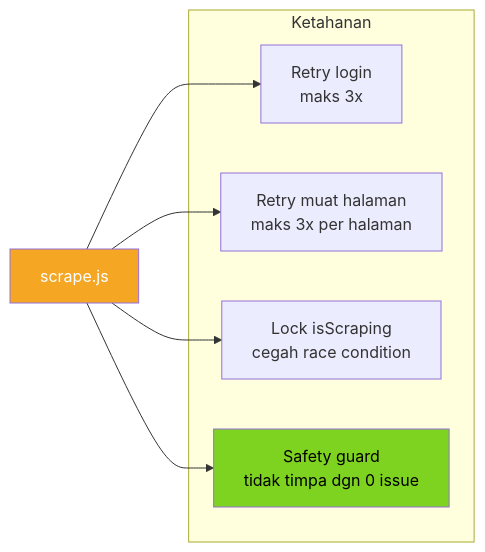
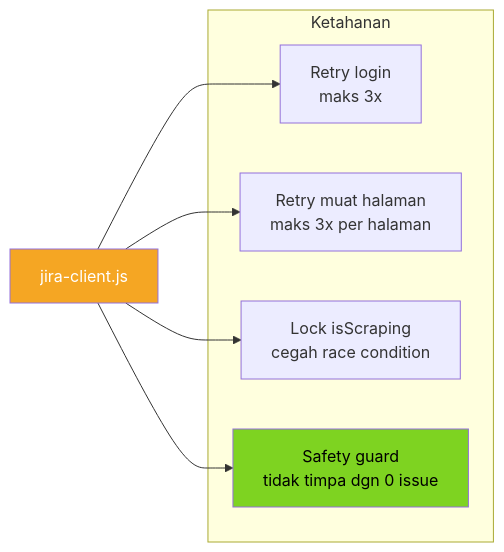
The third of 5 diagrams in jira-ticket-v2/ALUR_DATA_JIRA_MONITORING.md (dikkyzzz/rwc-v2), drawn with Mermaid before and after one commit. The commit also changed other lines of this file and 30 other files, not shown here.

````diff
--- a/jira-ticket-v2/ALUR_DATA_JIRA_MONITORING.md
+++ b/jira-ticket-v2/ALUR_DATA_JIRA_MONITORING.md
@@ -116,17 +116,17 @@
 ```mermaid
 flowchart LR
     subgraph Ketahanan
         R1[Retry login<br/>maks 3x]
         R2[Retry muat halaman<br/>maks 3x per halaman]
         R3[Lock isScraping<br/>cegah race condition]
         R4[Safety guard<br/>tidak timpa dgn 0 issue]
     end
 
-    SCRAPE[scrape.js] --> R1
+    SCRAPE[jira-client.js] --> R1
     SCRAPE --> R2
     SCRAPE --> R3
     SCRAPE --> R4
 
     style SCRAPE fill:#F5A623,color:#fff
     style R4 fill:#7ED321,color:#000
 ```
````
